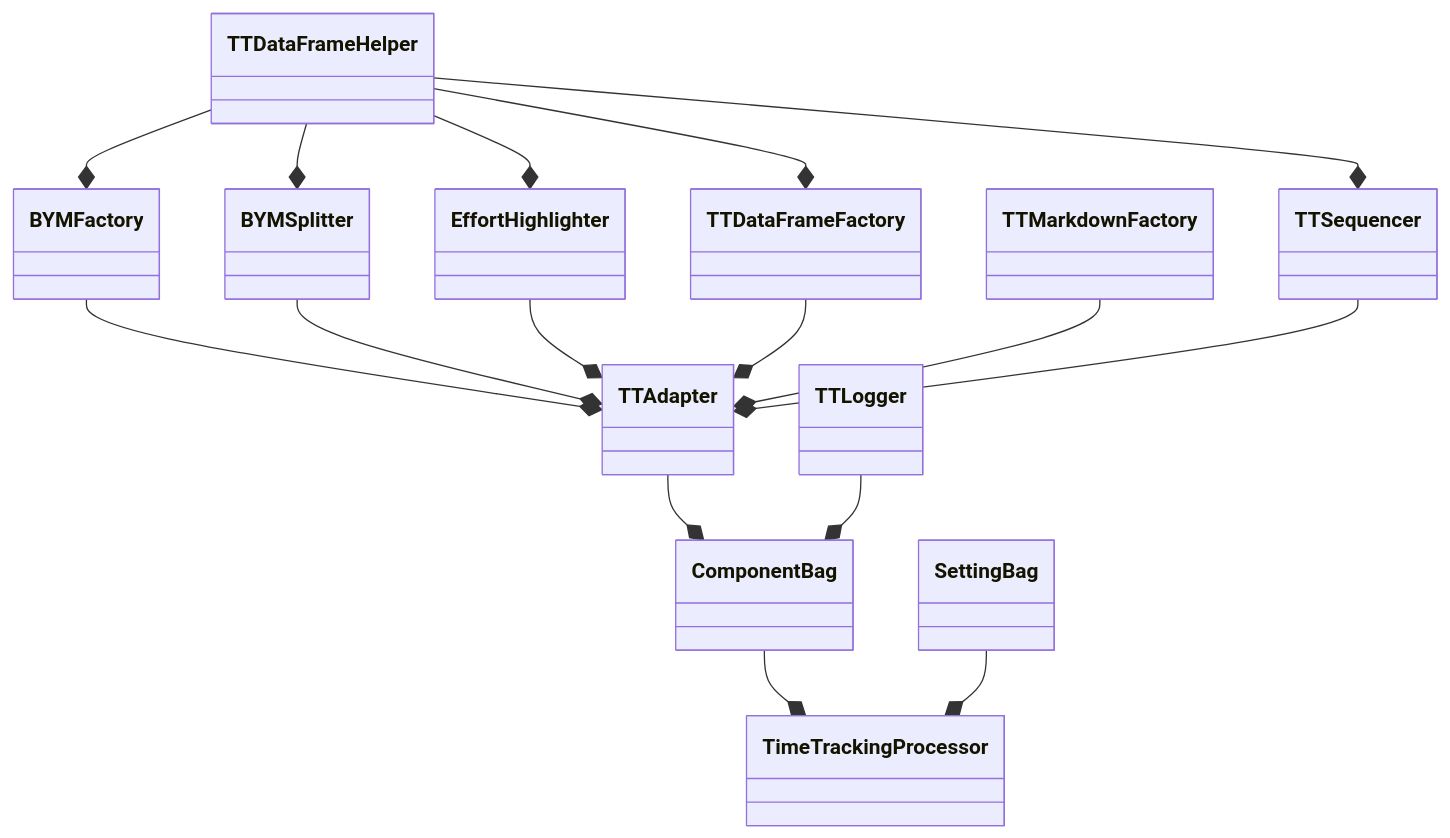
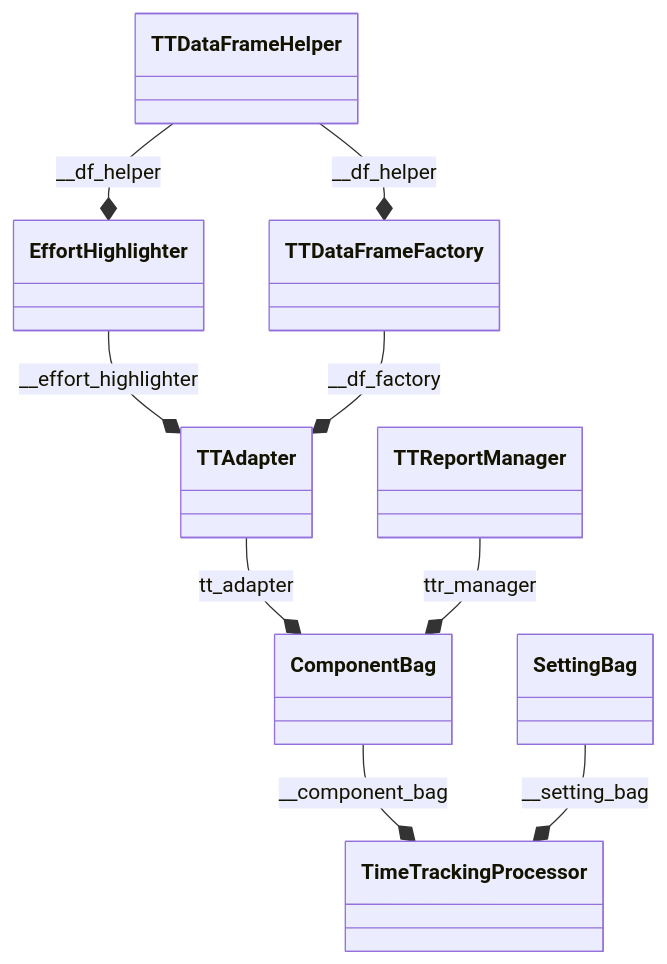
The diagram in docs/Diagrams/Diagram-Architecture.md (numbworks/nwtimetracking), drawn with Mermaid before and after one commit. The commit also changed 1 other file, not shown here.

Commit message:
#56 Diagram-Architecture.*: updated.

````diff
--- a/docs/Diagrams/Diagram-Architecture.md
+++ b/docs/Diagrams/Diagram-Architecture.md
@@ -1,18 +1,11 @@
 ```mermaid
 classDiagram
-  BYMFactory --* TTAdapter
-  BYMSplitter --* TTAdapter
-  ComponentBag --* TimeTrackingProcessor
-  EffortHighlighter --* TTAdapter
-  SettingBag --* TimeTrackingProcessor
-  TTAdapter --* ComponentBag
-  TTDataFrameFactory --* TTAdapter
-  TTDataFrameHelper --* BYMFactory
-  TTDataFrameHelper --* BYMSplitter
-  TTDataFrameHelper --* EffortHighlighter
-  TTDataFrameHelper --* TTDataFrameFactory
-  TTDataFrameHelper --* TTSequencer
-  TTLogger --* ComponentBag
-  TTMarkdownFactory --* TTAdapter
-  TTSequencer --* TTAdapter
+  ComponentBag --* TimeTrackingProcessor : __component_bag
+  EffortHighlighter --* TTAdapter : __effort_highlighter
+  SettingBag --* TimeTrackingProcessor : __setting_bag
+  TTAdapter --* ComponentBag : tt_adapter
+  TTDataFrameFactory --* TTAdapter : __df_factory
+  TTDataFrameHelper --* EffortHighlighter : __df_helper
+  TTDataFrameHelper --* TTDataFrameFactory : __df_helper
+  TTReportManager --* ComponentBag : ttr_manager
 ```
````
